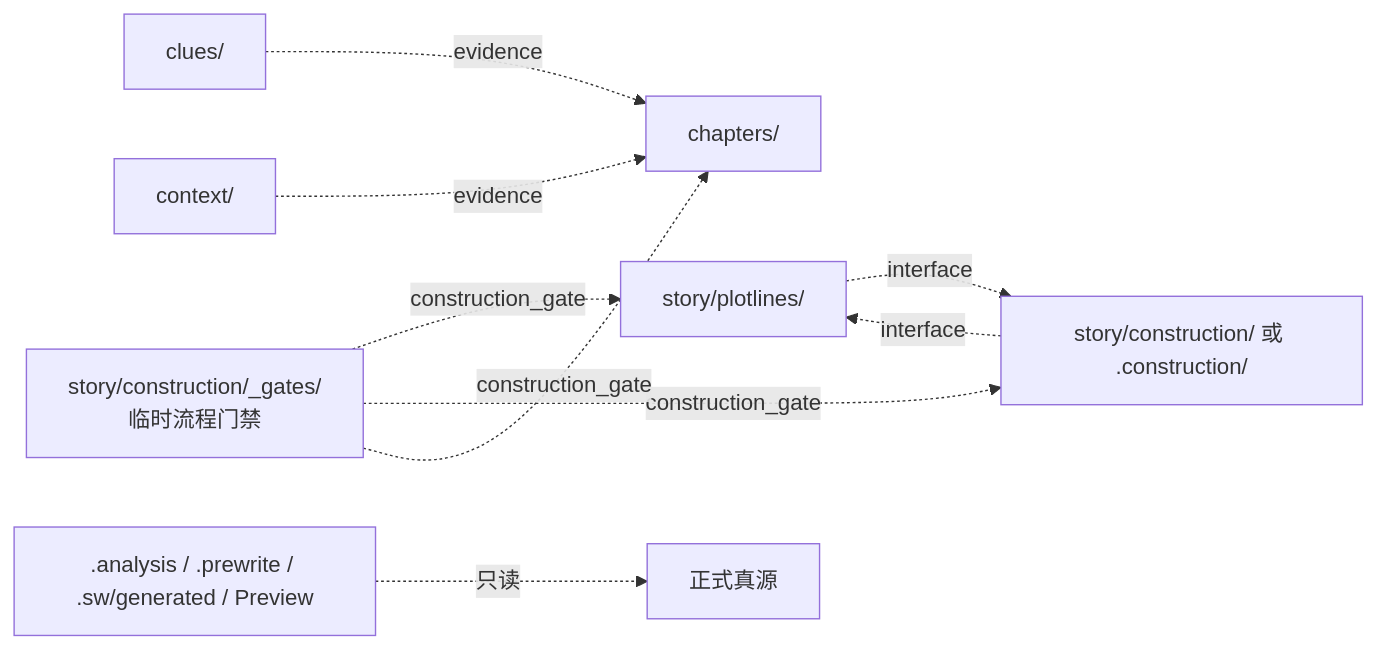
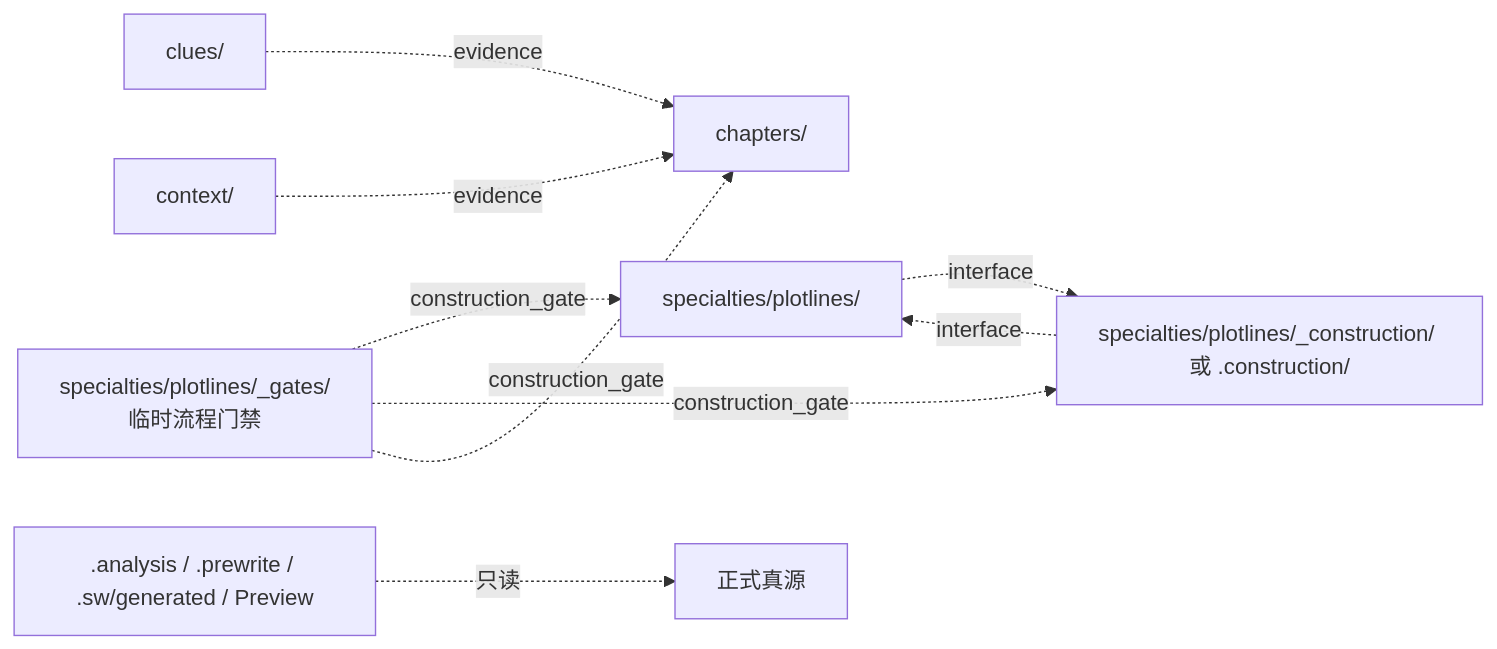
One commit to zevwings/story-stars changed the second of 3 diagrams in zen/references.md. Above: the diagram before and after it, drawn with Mermaid. The commit also changed other lines of this file and 1031 other files, not shown here.

````diff
--- a/zen/references.md
+++ b/zen/references.md
@@ -64,20 +64,20 @@
 ```mermaid
 flowchart LR
-    Plotline["story/plotlines/"]
-    Construction["story/construction/ 或 .construction/"]
+    Plotline["specialties/plotlines/"]
+    Construction["specialties/plotlines/_construction/ 或 .construction/"]
     Chapter["chapters/"]
     Clue["clues/"]
     Context["context/"]
-    Gate["story/construction/_gates/<br/>临时流程门禁"]
+    Gate["specialties/plotlines/_gates/<br/>临时流程门禁"]
     Formal["正式真源"]
     Derived[".analysis / .prewrite / .sw/generated / Preview"]
 
     Plotline -. "interface" .-> Construction
     Construction -. "interface" .-> Plotline
     Clue -. "evidence" .-> Chapter
     Context -. "evidence" .-> Chapter
     Gate -. "construction_gate" .-> Plotline
     Gate -. "construction_gate" .-> Construction
     Gate -. "construction_gate" .-> Chapter
     Derived -. "只读" .-> Formal
 ```
````
